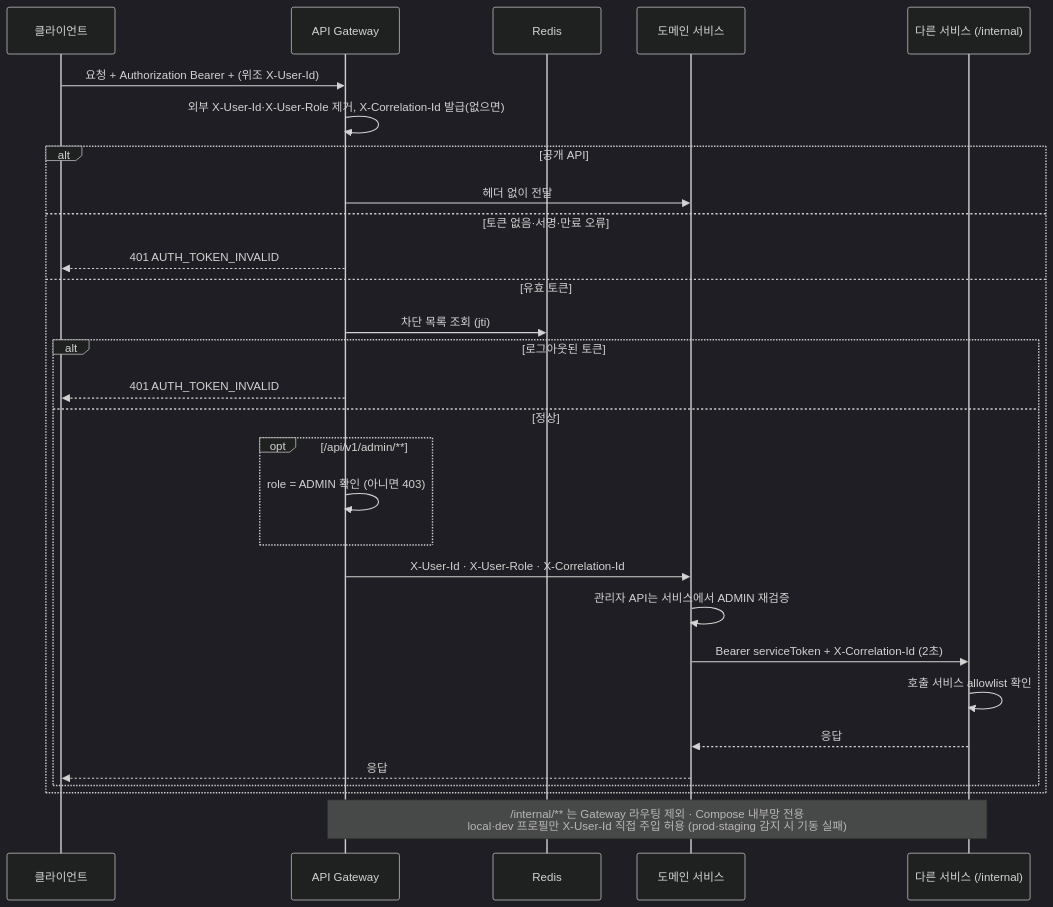
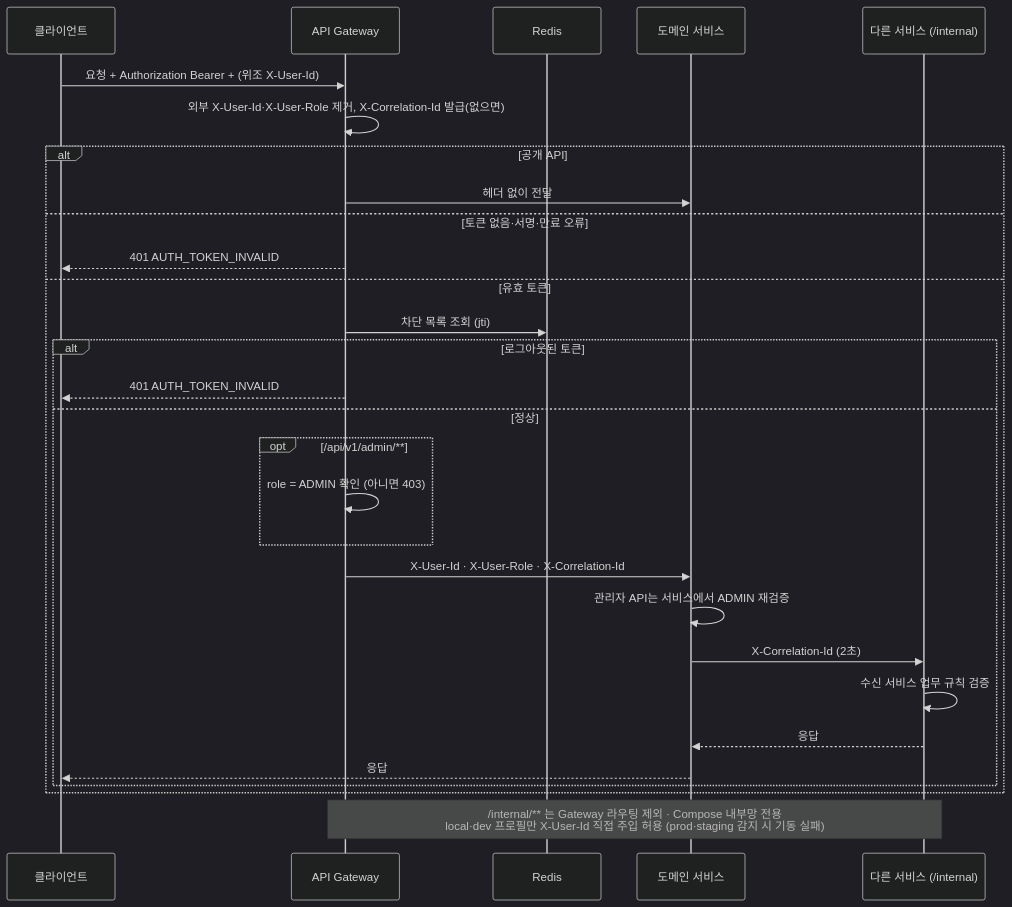
The second of 56 diagrams in docs/dev/architecture/diagrams.md (Back-To-Back-team-3/re-solve), drawn with Mermaid (dark theme) before and after one commit. The commit also changed other lines of this file and 5 other files, not shown here.

````diff
--- a/docs/dev/architecture/diagrams.md
+++ b/docs/dev/architecture/diagrams.md
@@ -54,31 +54,31 @@
 ```mermaid
 sequenceDiagram
     participant C as 클라이언트
     participant G as API Gateway
     participant R as Redis
     participant S as 도메인 서비스
     participant T as 다른 서비스 (/internal)
     C->>G: 요청 + Authorization Bearer + (위조 X-User-Id)
     G->>G: 외부 X-User-Id·X-User-Role 제거, X-Correlation-Id 발급(없으면)
     alt 공개 API
         G->>S: 헤더 없이 전달
     else 토큰 없음·서명·만료 오류
         G-->>C: 401 AUTH_TOKEN_INVALID
     else 유효 토큰
         G->>R: 차단 목록 조회 (jti)
         alt 로그아웃된 토큰
             G-->>C: 401 AUTH_TOKEN_INVALID
         else 정상
             opt /api/v1/admin/**
                 G->>G: role = ADMIN 확인 (아니면 403)
             end
             G->>S: X-User-Id · X-User-Role · X-Correlation-Id
             S->>S: 관리자 API는 서비스에서 ADMIN 재검증
-            S->>T: Bearer serviceToken + X-Correlation-Id (2초)
-            T->>T: 호출 서비스 allowlist 확인
+            S->>T: X-Correlation-Id (2초)
+            T->>T: 수신 서비스 업무 규칙 검증
             T-->>S: 응답
             S-->>C: 응답
         end
     end
     Note over G,T: /internal/** 는 Gateway 라우팅 제외 · Compose 내부망 전용<br/>local·dev 프로필만 X-User-Id 직접 주입 허용 (prod·staging 감지 시 기동 실패)
 ```
````
